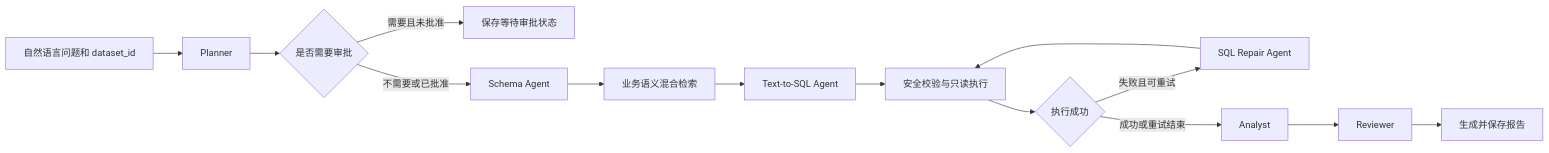
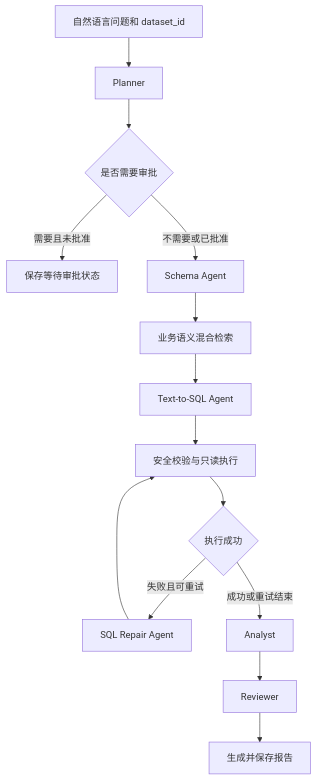
The diagram in README.md (YYHhao/DataPilot-Agent), drawn with Mermaid before and after one commit. The commit also changed other lines of this file and 24 other files, not shown here.

````diff
--- a/README.md
+++ b/README.md
@@ -27,16 +27,16 @@
 ```mermaid
-flowchart LR
+flowchart TD
     U[自然语言问题和 dataset_id] --> P[Planner]
     P --> G{是否需要审批}
     G -->|需要且未批准| W[保存等待审批状态]
     G -->|不需要或已批准| S[Schema Agent]
     S --> K[业务语义混合检索]
     K --> Q[Text-to-SQL Agent]
     Q --> V[安全校验与只读执行]
     V --> E{执行成功}
     E -->|失败且可重试| F[SQL Repair Agent]
     F --> V
     E -->|成功或重试结束| A[Analyst]
     A --> R[Reviewer]
     R --> O[生成并保存报告]
 ```
````
